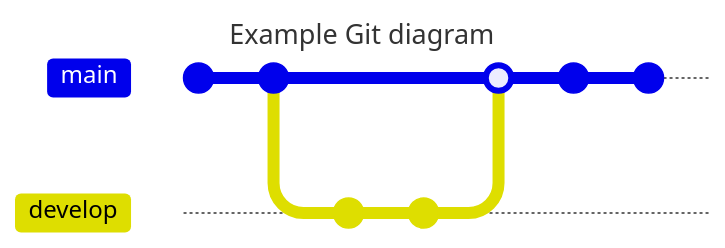
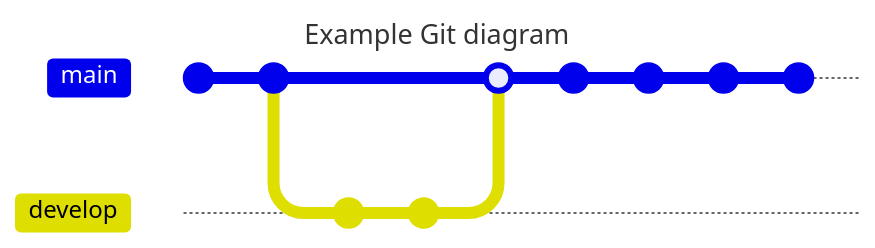
One commit to hzierer/render-run changed the diagram in docs/graph.mmd. Above: the diagram before and after it, drawn with Mermaid. Commit ids are hidden.

```diff
--- a/docs/graph.mmd
+++ b/docs/graph.mmd
@@ -1,14 +1,16 @@
 ---
 title: Example Git diagram
 ---
 gitGraph
    commit
    commit
    branch develop
    checkout develop
    commit
    commit
    checkout main
    merge develop
    commit
    commit
+   commit
+   commit
```
